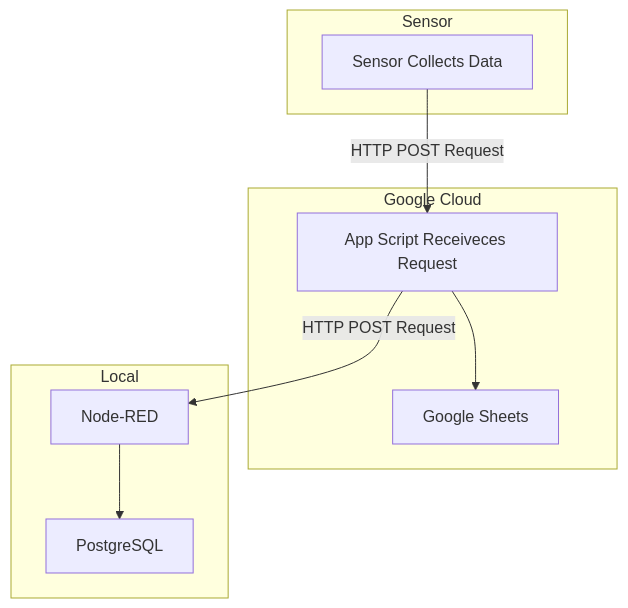
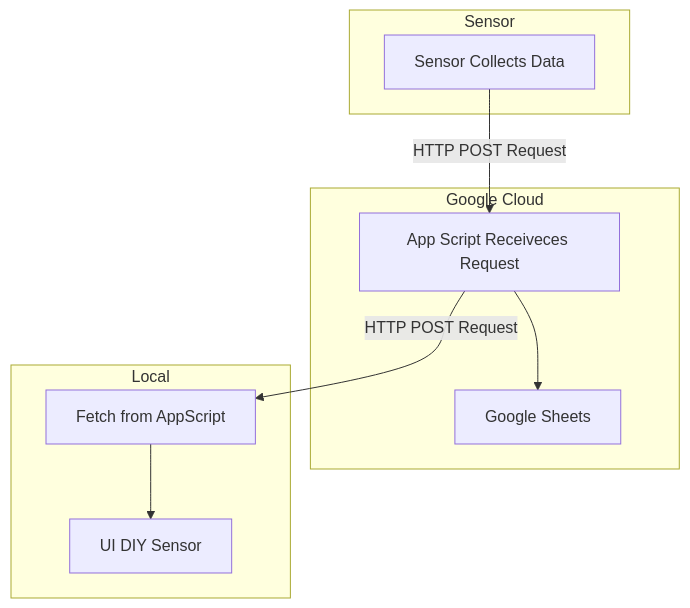
The diagram in README.md (jonss0777/DIY_Sensor), drawn with Mermaid before and after one commit.

````diff
--- a/README.md
+++ b/README.md
@@ -7,18 +7,18 @@
 ```mermaid
   flowchart TD
     subgraph Sensor
         A1[Sensor Collects Data]
     end
 
     subgraph Google Cloud
         B1[App Script Receiveces Request] --> B2[Google Sheets]
     end
 
     subgraph Local
-        C1[Node-RED] --> C2[PostgreSQL]
+        C1[Fetch from AppScript] --> C2[UI DIY Sensor]
     end
 
     A1 --> |HTTP POST Request|B1
     B1 --> |HTTP POST Request|C1
 
 ```
````
